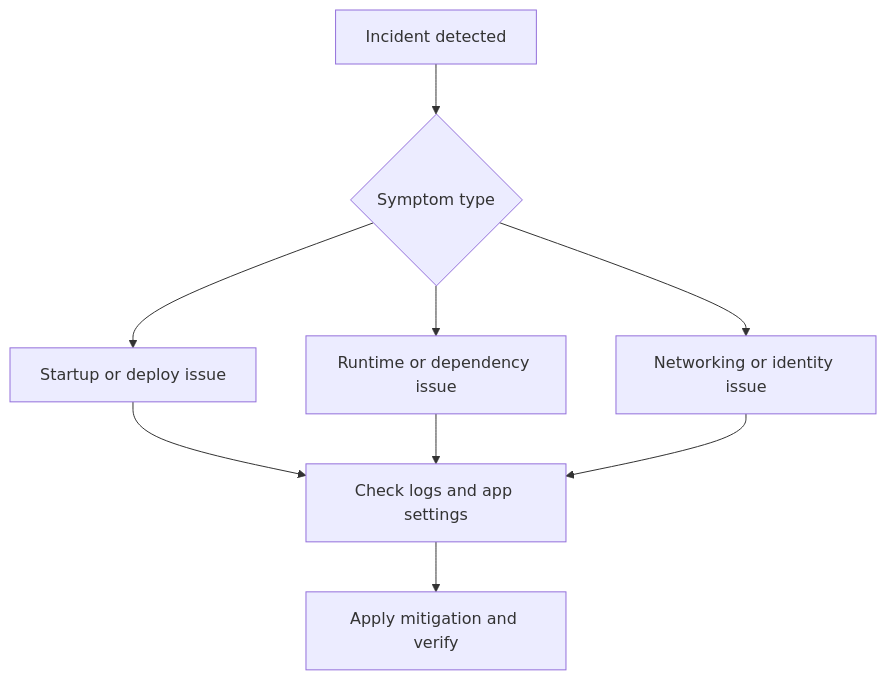
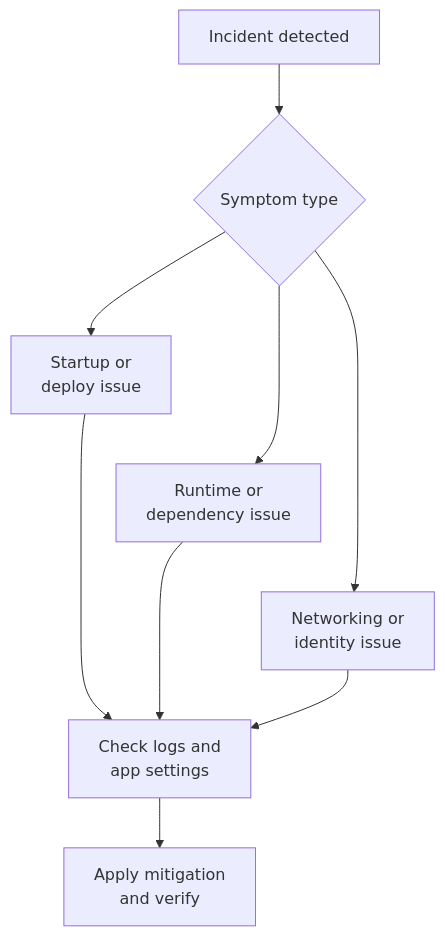
Before and after one commit to yeongseon/azure-functions-practical-guide: the diagram in docs/reference/troubleshooting.md, drawn with Mermaid. The commit also changed other lines of this file and 1 other file, not shown here.

First line of the commit message:
docs(diagrams): clarify troubleshooting triage categories (#560)

````diff
--- a/docs/reference/troubleshooting.md
+++ b/docs/reference/troubleshooting.md
@@ -23,11 +28,16 @@
 ```mermaid
 flowchart TD
-    A[Incident detected] --> B{Symptom type}
-    B --> C[Startup or deploy issue]
-    B --> D[Runtime or dependency issue]
-    B --> E[Networking or identity issue]
-    C --> F[Check logs and app settings]
+    accTitle: Functions incident triage categories
+    accDescr: Illustrative triage, not a deterministic diagnosis. The symptom-type diamond branches to startup or deployment, runtime or dependency, and networking or identity issues. All three lead to checking logs and app settings, then applying mitigation and verifying. Categories can overlap; use plan, OS, trigger and instrumentation qualifications in the adjacent key. No Yes or No branch exists in this categorical flow.
+    A["Incident detected"] --> B{"Symptom type"}
+    B --> C["Startup or<br/>deploy issue"]
+    B --> D["Runtime or<br/>dependency issue"]
+    B --> E["Networking or<br/>identity issue"]
+    C --> F["Check logs and<br/>app settings"]
     D --> F
     E --> F
-    F --> G[Apply mitigation and verify]
+    F --> G["Apply mitigation<br/>and verify"]
+    %% Layout-only links tier categories; they add no diagnostic branches or steps.
+    C ~~~ D
+    D ~~~ E
 ```
````
